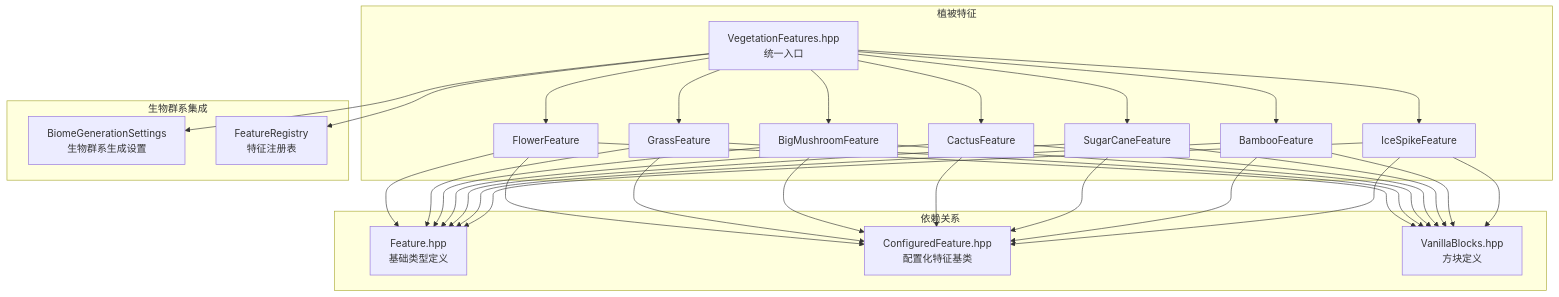
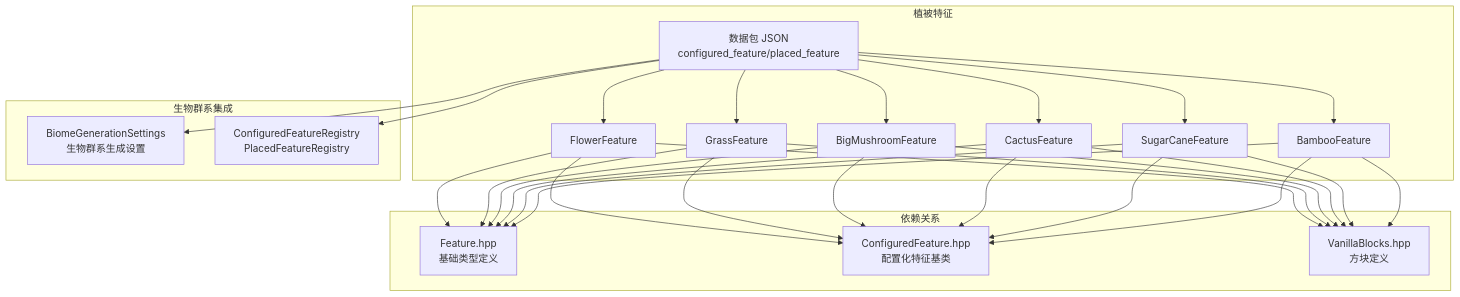
The first of 2 diagrams in src/common/world/gen/feature/vegetation/README.md (g122622/Cubium), drawn with Mermaid before and after one commit. The commit also changed other lines of this file and 153 other files, not shown here.

````diff
--- a/src/common/world/gen/feature/vegetation/README.md
+++ b/src/common/world/gen/feature/vegetation/README.md
@@ -20,56 +18,51 @@
 ```mermaid
 graph TB
     subgraph 依赖关系
         Feature["Feature.hpp<br/>基础类型定义"]
         ConfiguredFeature["ConfiguredFeature.hpp<br/>配置化特征基类"]
         VanillaBlocks["VanillaBlocks.hpp<br/>方块定义"]
     end
 
     subgraph 植被特征
-        VegetationFeatures["VegetationFeatures.hpp<br/>统一入口"]
+        VegetationFeatures["数据包 JSON<br/>configured_feature/placed_feature"]
 
         FlowerFeature --> Feature
         FlowerFeature --> ConfiguredFeature
         FlowerFeature --> VanillaBlocks
 
         GrassFeature --> Feature
         GrassFeature --> ConfiguredFeature
         GrassFeature --> VanillaBlocks
 
         BigMushroomFeature --> Feature
         BigMushroomFeature --> ConfiguredFeature
         BigMushroomFeature --> VanillaBlocks
 
         CactusFeature --> Feature
         CactusFeature --> ConfiguredFeature
         CactusFeature --> VanillaBlocks
 
         SugarCaneFeature --> Feature
         SugarCaneFeature --> ConfiguredFeature
         SugarCaneFeature --> VanillaBlocks
 
         BambooFeature --> Feature
         BambooFeature --> ConfiguredFeature
         BambooFeature --> VanillaBlocks
 
-        IceSpikeFeature --> Feature
-        IceSpikeFeature --> ConfiguredFeature
-        IceSpikeFeature --> VanillaBlocks
-
         VegetationFeatures --> FlowerFeature
         VegetationFeatures --> GrassFeature
         VegetationFeatures --> BigMushroomFeature
         VegetationFeatures --> CactusFeature
         VegetationFeatures --> SugarCaneFeature
         VegetationFeatures --> BambooFeature
-        VegetationFeatures --> IceSpikeFeature
     end
 
     subgraph 生物群系集成
         BiomeSettings["BiomeGenerationSettings<br/>生物群系生成设置"]
-        FeatureRegistry["FeatureRegistry<br/>特征注册表"]
+        Registry["ConfiguredFeatureRegistry<br/>PlacedFeatureRegistry"]
     end
 
     VegetationFeatures --> BiomeSettings
-    VegetationFeatures --> FeatureRegistry
+    VegetationFeatures --> Registry
 ```
````
